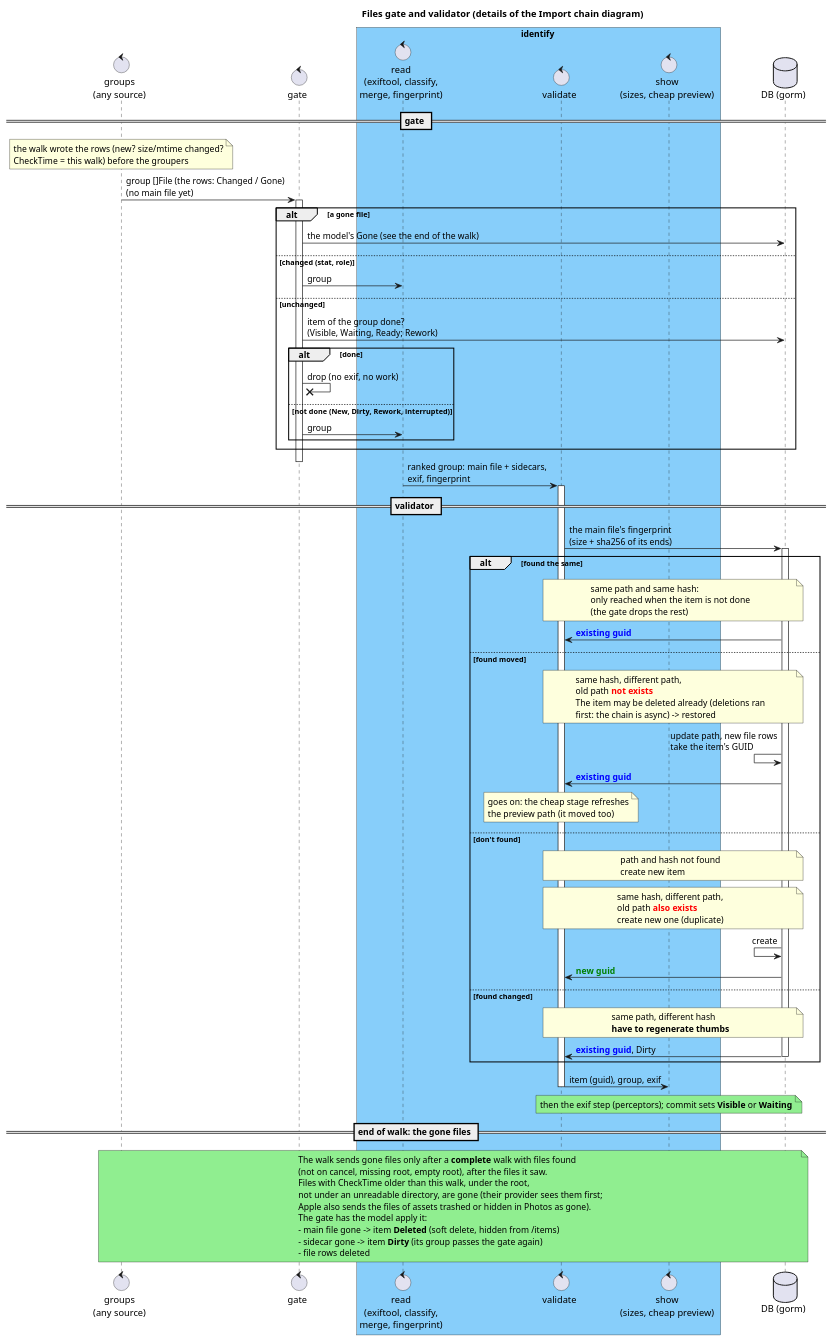
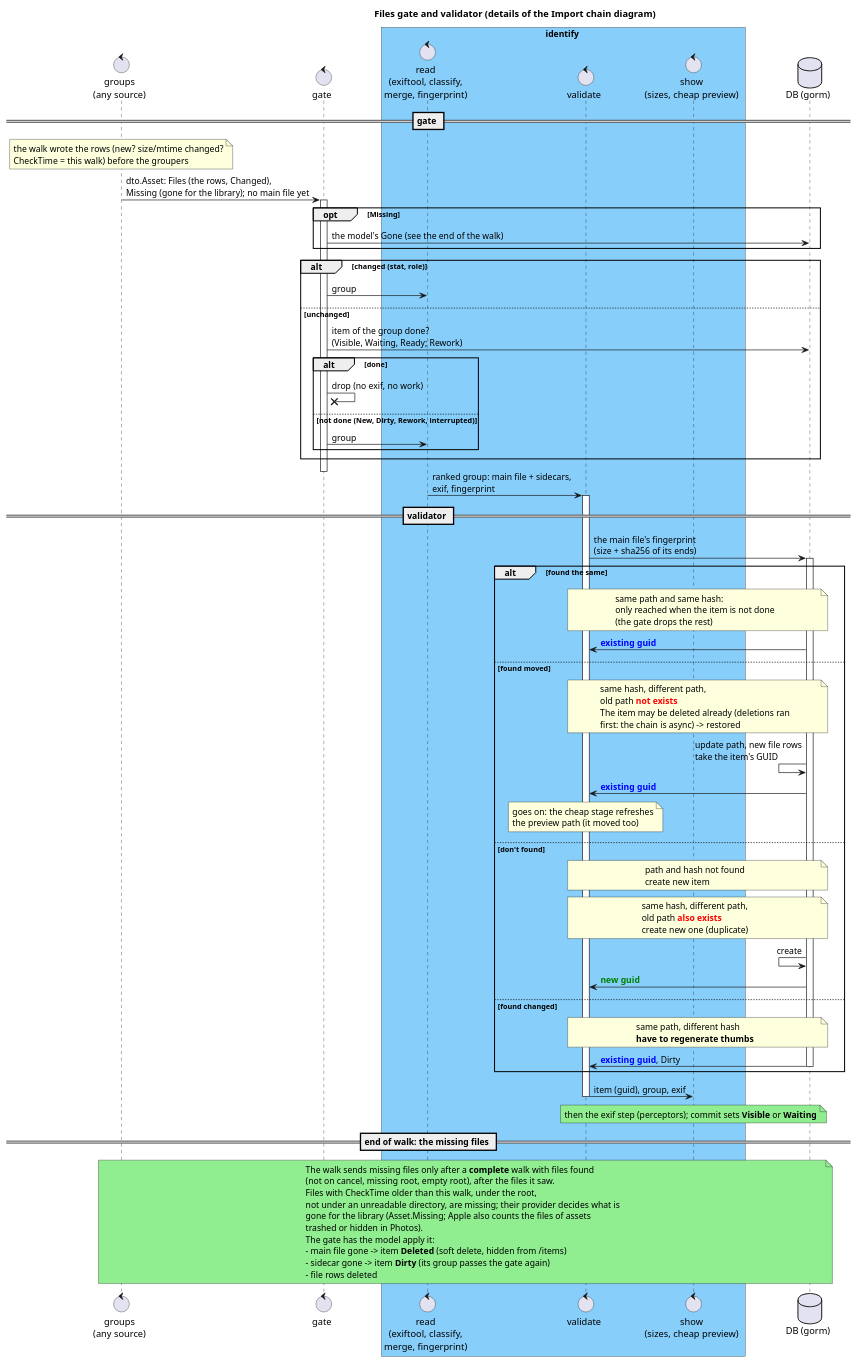
One commit to eggs-gd/Perceptrail changed the diagram in _sb/puml/Walker.puml. Above: the diagram before and after it, drawn with PlantUML. The commit also changed 23 other files, not shown here.

First line of the commit message:
Missing off the files' rows; perceptors' rows reconciled at start

```diff
--- a/_sb/puml/Walker.puml
+++ b/_sb/puml/Walker.puml
@@ -1,102 +1,104 @@
 @startuml Walker and validating
 
 !pragma teoz true
 
 title Files gate and validator (details of the Import chain diagram)
 
 control "groups\n(any source)" as Groups
 control "gate" as Gate
 box identify #LightSkyBlue
 control "read\n(exiftool, classify,\nmerge, fingerprint)" as Exif
 control "validate" as Validator
 control "show\n(sizes, cheap preview)" as Transcode
 end box
 database "DB (gorm)" as DB
 
 == gate ==
 
 note over Groups: the walk wrote the rows (new? size/mtime changed?\nCheckTime = this walk) before the groupers
-Groups -> Gate: group []File (the rows: Changed / Gone)\n(no main file yet)
+Groups -> Gate: dto.Asset: Files (the rows, Changed),\nMissing (gone for the library); no main file yet
 activate Gate
-alt a gone file
+opt Missing
     Gate -> DB: the model's Gone (see the end of the walk)
-else changed (stat, role)
+end
+alt changed (stat, role)
     Gate -> Exif: group
 else unchanged
     Gate -> DB: item of the group done?\n(Visible, Waiting, Ready; Rework)
     alt done
         Gate ->x Gate: drop (no exif, no work)
     else not done (New, Dirty, Rework, interrupted)
         Gate -> Exif: group
     end
 end
 deactivate Gate
 
 Exif -> Validator: ranked group: main file + sidecars,\nexif, fingerprint
 activate Validator
 
 == validator ==
 
 Validator -> DB: the main file's fingerprint\n(size + sha256 of its ends)
 activate DB
 
 alt found the same
     note over Validator, DB
     same path and same hash:
     only reached when the item is not done
     (the gate drops the rest)
     end note
     DB -> Validator: <font color=blue><b>existing guid
 
 else found moved
     note over Validator, DB
     same hash, different path,
     old path <b><font color=red>not exists
     The item may be deleted already (deletions ran
     first: the chain is async) -> restored
     end note
     DB <- DB: update path, new file rows\ntake the item's GUID
     DB -> Validator: <font color=blue><b>existing guid
     note over Validator: goes on: the cheap stage refreshes\nthe preview path (it moved too)
 
 else don't found
     note over Validator, DB
     path and hash not found
     create new item
     end note
     note over Validator, DB
     same hash, different path,
     old path <b><font color=red>also exists
     create new one (duplicate)
     end note
     DB <- DB: create
     DB -> Validator: <font color=green><b>new guid
 
 else found changed
     note over Validator, DB
     same path, different hash
     <b>have to regenerate thumbs
     end note
     DB -> Validator: <font color=blue><b>existing guid</b></font>, Dirty
     deactivate DB
 end
 
 Validator -> Transcode: item (guid), group, exif
 deactivate Validator
 note over Transcode #LightGreen: then the exif step (perceptors); commit sets <b>Visible</b> or <b>Waiting</b>
 
-== end of walk: the gone files ==
+== end of walk: the missing files ==
 
 note over Groups, DB #LightGreen
-The walk sends gone files only after a <b>complete</b> walk with files found
+The walk sends missing files only after a <b>complete</b> walk with files found
 (not on cancel, missing root, empty root), after the files it saw.
 Files with CheckTime older than this walk, under the root,
-not under an unreadable directory, are gone (their provider sees them first;
-Apple also sends the files of assets trashed or hidden in Photos as gone).
+not under an unreadable directory, are missing; their provider decides what is
+gone for the library (Asset.Missing; Apple also counts the files of assets
+trashed or hidden in Photos).
 The gate has the model apply it:
 - main file gone -> item <b>Deleted</b> (soft delete, hidden from /items)
 - sidecar gone -> item <b>Dirty</b> (its group passes the gate again)
 - file rows deleted
 end note
 
 @enduml
```
